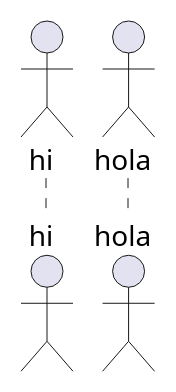
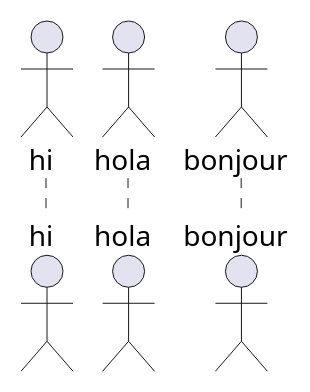
One commit to aberni-coder/PlantText-Testing---Public-2 changed the diagram in nonBranchFile.puml. Above: the diagram before and after it, drawn with PlantUML.

Commit message:
PlantText Commit: updated in planttext.

```diff
--- a/nonBranchFile.puml
+++ b/nonBranchFile.puml
@@ -1,4 +1,5 @@
 @startuml
   actor hi
   actor hola
+  actor bonjour
 @enduml
```
